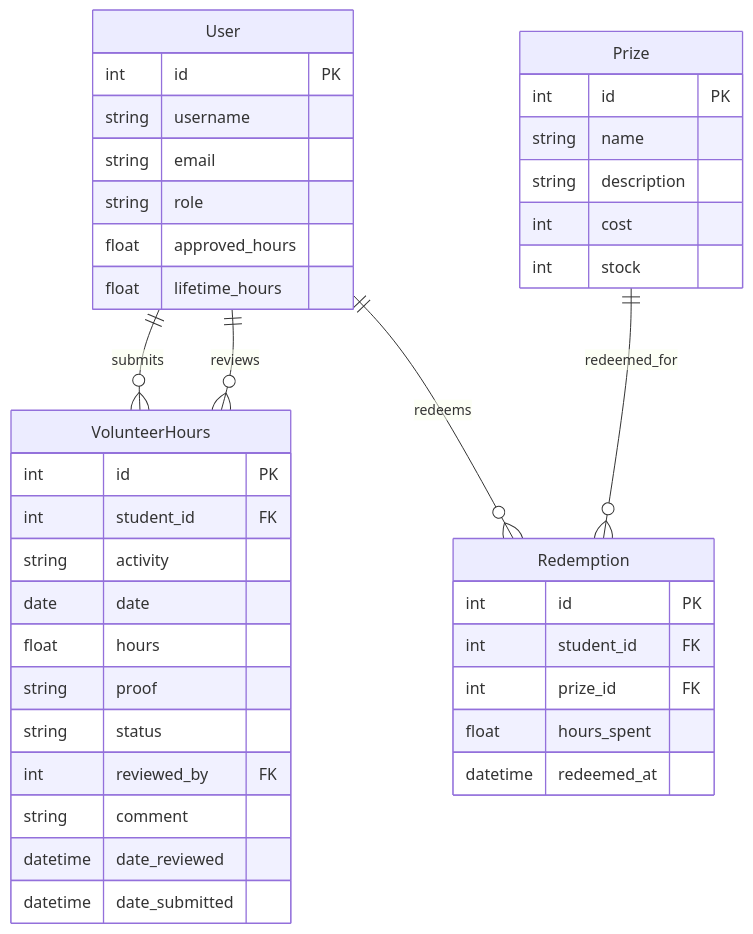
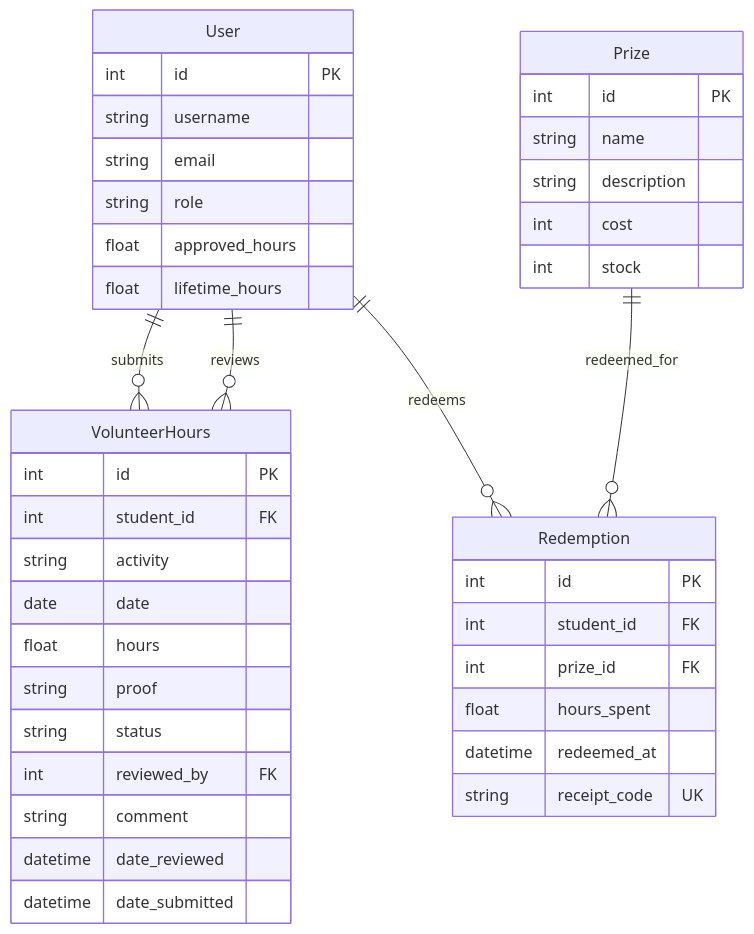
The diagram in docs/report.md (aliyahrr/comp3613a1), drawn with Mermaid before and after one commit. The commit also changed other lines of this file and 19 other files, not shown here.

````diff
--- a/docs/report.md
+++ b/docs/report.md
@@ -31,46 +31,47 @@
 ```mermaid
 erDiagram
   User ||--o{ VolunteerHours : submits
   User ||--o{ VolunteerHours : reviews
   User ||--o{ Redemption : redeems
   Prize ||--o{ Redemption : redeemed_for
 
   User {
     int id PK
     string username
     string email
     string role
     float approved_hours
     float lifetime_hours
   }
 
   VolunteerHours {
     int id PK
     int student_id FK
     string activity
     date date
     float hours
     string proof
     string status
     int reviewed_by FK
     string comment
     datetime date_reviewed
     datetime date_submitted
   }
 
   Prize {
     int id PK
     string name
     string description
     int cost
     int stock
   }
 
   Redemption {
     int id PK
     int student_id FK
     int prize_id FK
     float hours_spent
     datetime redeemed_at
+    string receipt_code UK
   }
 ```
````
